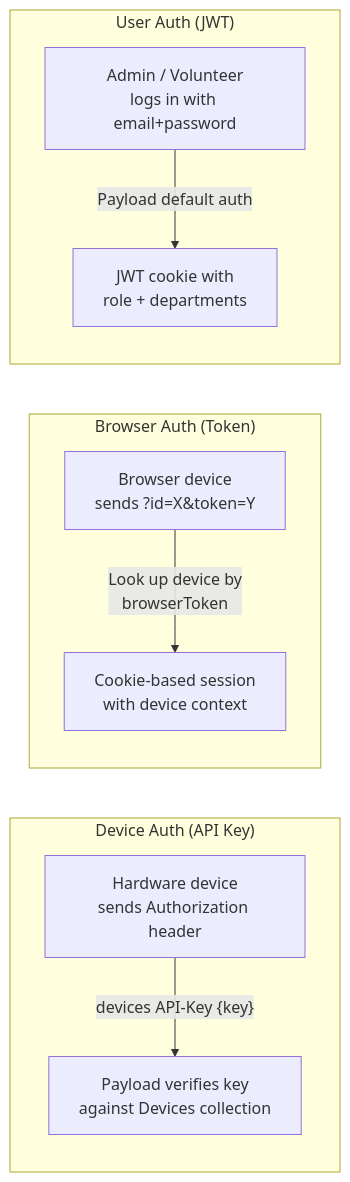
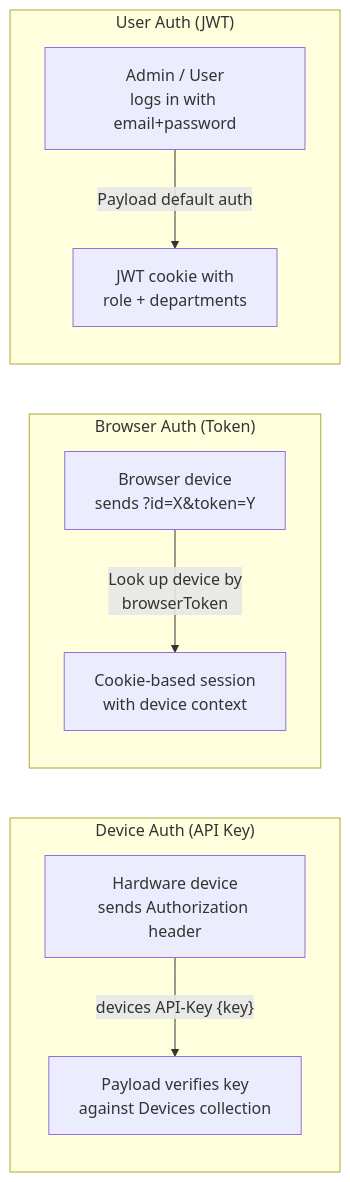
The fourth of 9 diagrams in guides/ARCHITECTURE.md (wrodie/peydx), drawn with Mermaid before and after one commit. The commit also changed other lines of this file and 21 other files, not shown here.

````diff
--- a/guides/ARCHITECTURE.md
+++ b/guides/ARCHITECTURE.md
@@ -185,14 +185,14 @@
 ```mermaid
 graph LR
     subgraph "Device Auth (API Key)"
         DA1["Hardware device<br/>sends Authorization header"] -->|"devices API-Key {key}"| DA2["Payload verifies key<br/>against Devices collection"]
     end
 
     subgraph "Browser Auth (Token)"
         BA1["Browser device<br/>sends ?id=X&token=Y"] -->|"Look up device by<br/>browserToken"| BA2["Cookie-based session<br/>with device context"]
     end
 
     subgraph "User Auth (JWT)"
-        UA1["Admin / Volunteer<br/>logs in with email+password"] -->|"Payload default auth"| UA2["JWT cookie with<br/>role + departments"]
+        UA1["Admin / User<br/>logs in with email+password"] -->|"Payload default auth"| UA2["JWT cookie with<br/>role + departments"]
     end
 ```
````
